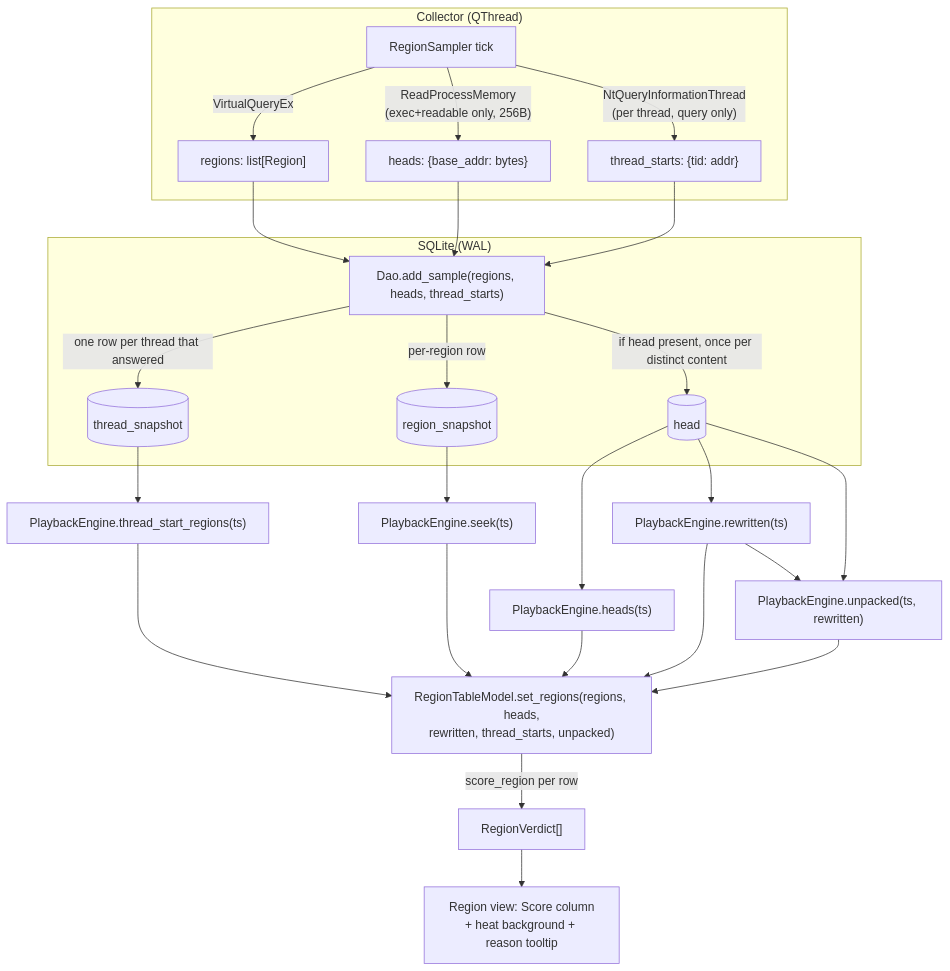
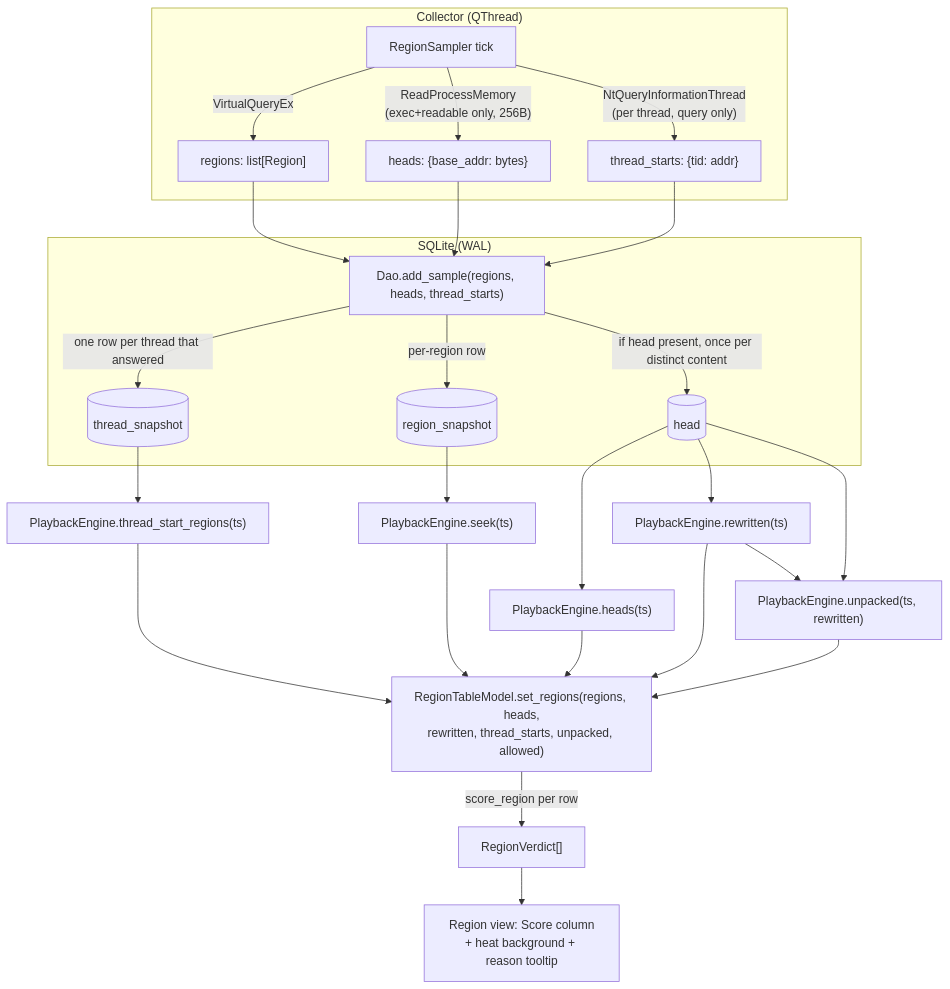
The second of 2 diagrams in docs/ARCHITECTURE.md (mjaksn/Memlapse), drawn with Mermaid before and after one commit. The commit also changed other lines of this file and 8 other files, not shown here.

````diff
--- a/docs/ARCHITECTURE.md
+++ b/docs/ARCHITECTURE.md
@@ -484,29 +490,29 @@
 ```mermaid
 flowchart TD
     subgraph collect["Collector (QThread)"]
         A["RegionSampler tick"] -->|VirtualQueryEx| B["regions: list[Region]"]
         A -->|"ReadProcessMemory<br/>(exec+readable only, 256B)"| C["heads: {base_addr: bytes}"]
         A -->|"NtQueryInformationThread<br/>(per thread, query only)"| TB["thread_starts: {tid: addr}"]
     end
     B --> D["Dao.add_sample(regions, heads, thread_starts)"]
     C --> D
     TB --> D
     subgraph store["SQLite (WAL)"]
         D -->|per-region row| E[(region_snapshot)]
         D -->|"if head present, once per distinct content"| F[(head)]
         D -->|"one row per thread that answered"| T[(thread_snapshot)]
     end
     E --> G["PlaybackEngine.seek(ts)"]
     T --> TS["PlaybackEngine.thread_start_regions(ts)"]
     TS --> I
     F --> H["PlaybackEngine.heads(ts)"]
     F --> RW["PlaybackEngine.rewritten(ts)"]
     RW --> UN["PlaybackEngine.unpacked(ts, rewritten)"]
     F --> UN
-    G --> I["RegionTableModel.set_regions(regions, heads,<br/>rewritten, thread_starts, unpacked)"]
+    G --> I["RegionTableModel.set_regions(regions, heads,<br/>rewritten, thread_starts, unpacked, allowed)"]
     H --> I
     RW --> I
     UN --> I
     I -->|"score_region per row"| J["RegionVerdict[]"]
     J --> K["Region view: Score column<br/>+ heat background + reason tooltip"]
 ```
````
